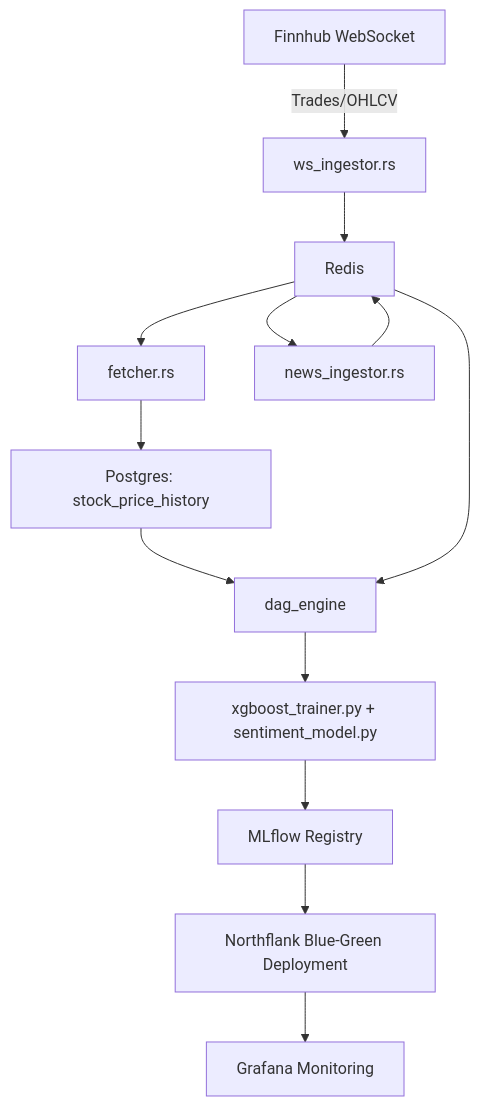
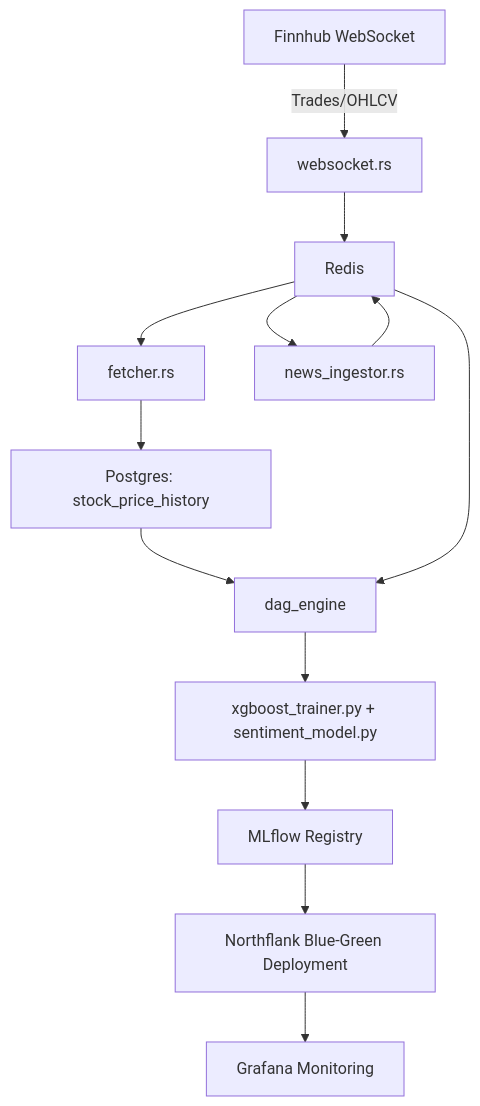
The diagram in readme.md (swastik-nandy/Real-Time-Crypto-Tick-Predictor), drawn with Mermaid before and after one commit.

````diff
--- a/readme.md
+++ b/readme.md
@@ -37,15 +37,15 @@
 ```mermaid
 flowchart TD
-    A[Finnhub WebSocket] -->|Trades/OHLCV| B[ws_ingestor.rs]
+    A[Finnhub WebSocket] -->|Trades/OHLCV| B[websocket.rs]
     B --> C[Redis]
     C --> D[fetcher.rs]
     D --> E[Postgres: stock_price_history]
     C --> F[news_ingestor.rs]
     F --> C
     E --> G[dag_engine]
     C --> G
     G --> H[xgboost_trainer.py + sentiment_model.py]
     H --> I[MLflow Registry]
     I --> J[Northflank Blue-Green Deployment]
     J --> K[Grafana Monitoring]
 ```
````
